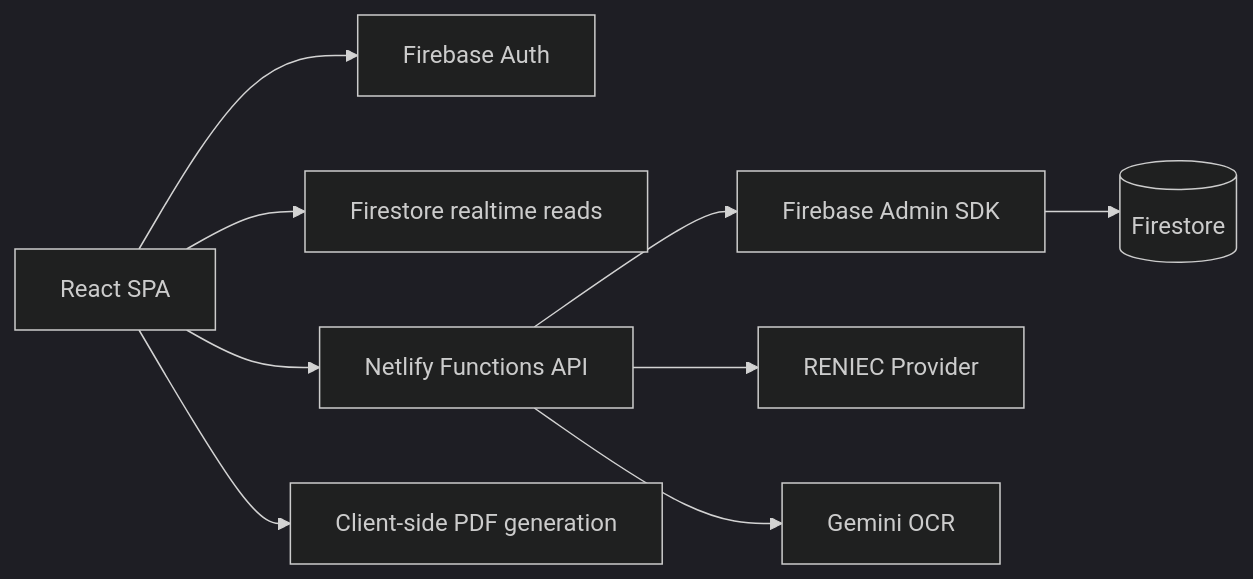
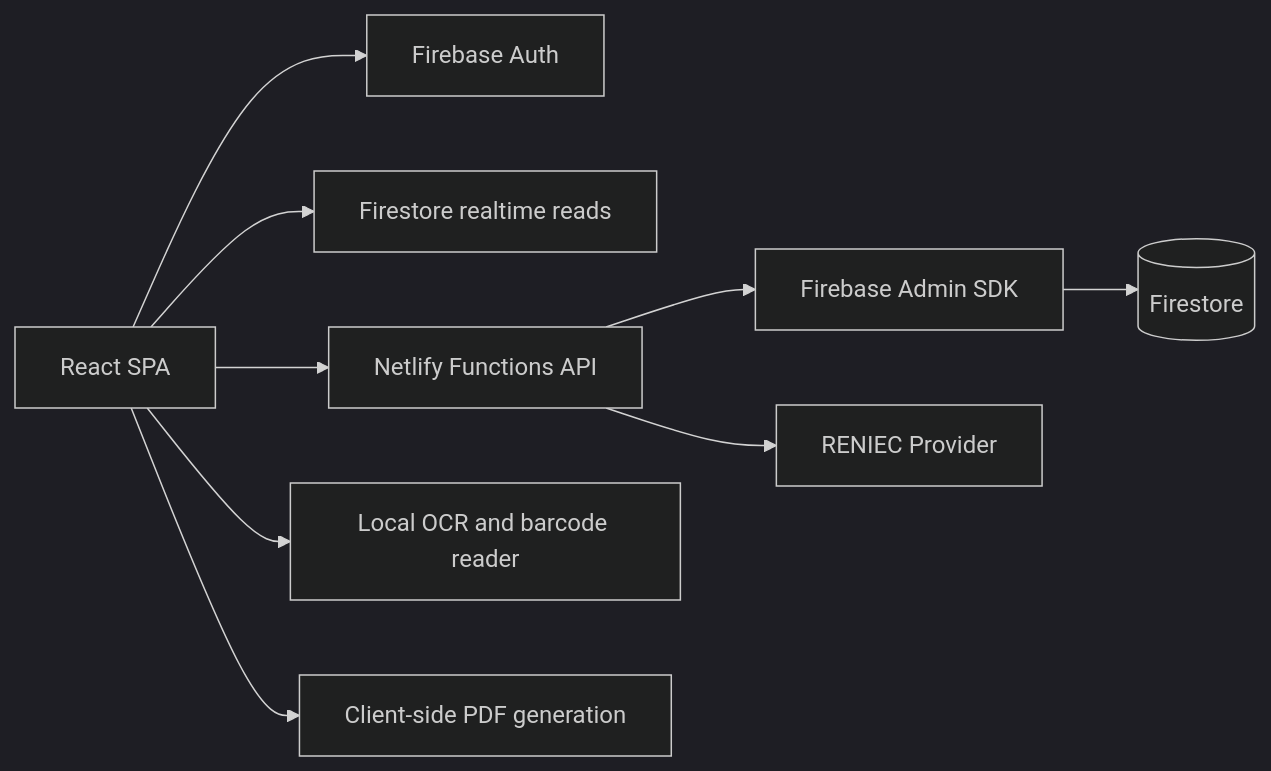
The second of 2 diagrams in docs/enterprise/system-overview.md (systemggs-pe/comunic-te-pos), drawn with Mermaid (dark theme) before and after one commit. The commit also changed other lines of this file and 30 other files, not shown here.

Commit message:
feat: reemplaza gemini por OCR local para cajas

````diff
--- a/docs/enterprise/system-overview.md
+++ b/docs/enterprise/system-overview.md
@@ -106,11 +106,11 @@
 ```mermaid
 flowchart LR
   Browser[React SPA] --> Auth[Firebase Auth]
   Browser --> FirestoreReads[Firestore realtime reads]
   Browser --> API[Netlify Functions API]
   API --> FirebaseAdmin[Firebase Admin SDK]
   FirebaseAdmin --> Firestore[(Firestore)]
   API --> Reniec[RENIEC Provider]
-  API --> Gemini[Gemini OCR]
+  Browser --> LocalOCR[Local OCR and barcode reader]
   Browser --> PDF[Client-side PDF generation]
 ```
````
